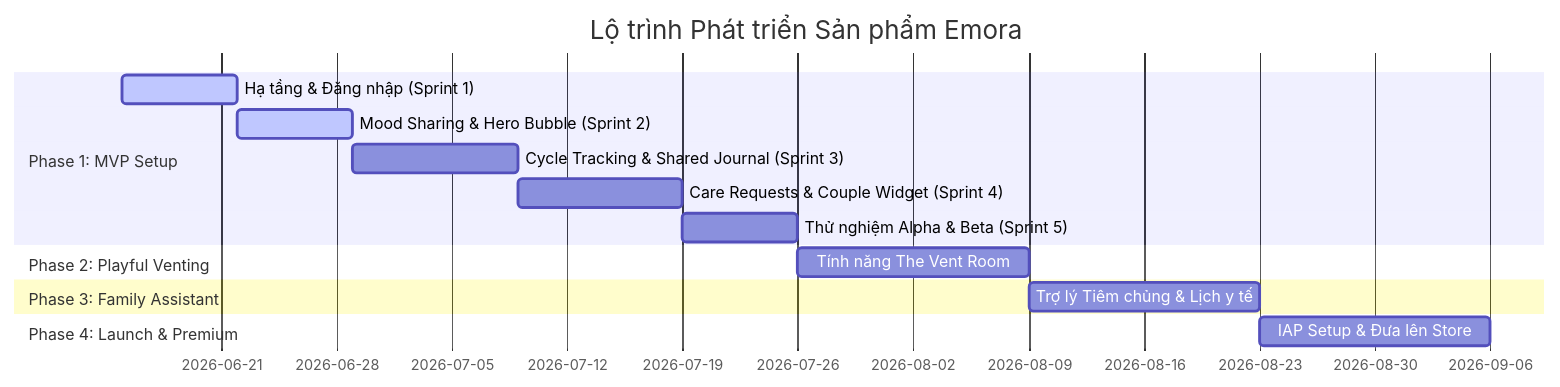
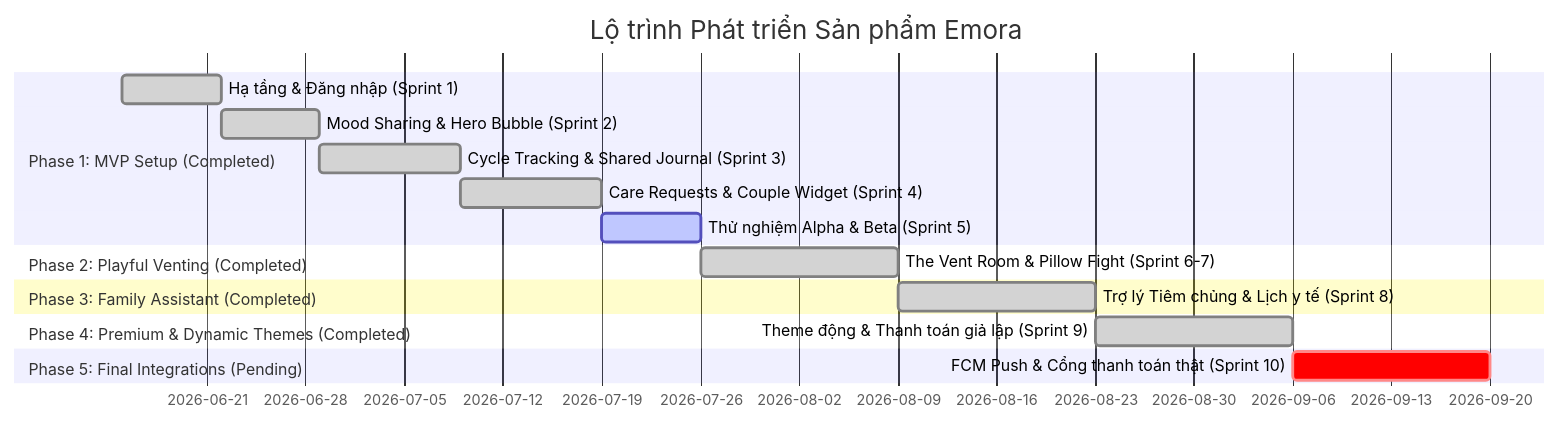
Before and after one commit to kentogun0812/emora: the third of 3 diagrams in EMORA_PRD.md, drawn with Mermaid. The commit also changed other lines of this file and 30 other files, not shown here.

Commit message:
feat: implement baby tracking features, BLoC state management, and multi-theme support system

````diff
--- a/EMORA_PRD.md
+++ b/EMORA_PRD.md
@@ -216,17 +215,24 @@
 ```mermaid
 gantt
     title Lộ trình Phát triển Sản phẩm Emora
     dateFormat  YYYY-MM-DD
-    section Phase 1: MVP Setup
-    Hạ tầng & Đăng nhập (Sprint 1)        :active, 2026-06-15, 7d
-    Mood Sharing & Hero Bubble (Sprint 2)  :active, 2026-06-22, 7d
-    Cycle Tracking & Shared Journal (Sprint 3): 2026-06-29, 10d
-    Care Requests & Couple Widget (Sprint 4) : 2026-07-09, 10d
-    Thử nghiệm Alpha & Beta (Sprint 5)    : 2026-07-19, 7d
-    section Phase 2: Playful Venting
-    Tính năng The Vent Room              : 2026-07-26, 14d
-    section Phase 3: Family Assistant
-    Trợ lý Tiêm chủng & Lịch y tế         : 2026-08-09, 14d
-    section Phase 4: Launch & Premium
-    IAP Setup & Đưa lên Store            : 2026-08-23, 14d
+    
+    section Phase 1: MVP Setup (Completed)
+    Hạ tầng & Đăng nhập (Sprint 1)                   :done, 2026-06-15, 7d
+    Mood Sharing & Hero Bubble (Sprint 2)             :done, 2026-06-22, 7d
+    Cycle Tracking & Shared Journal (Sprint 3)       :done, 2026-06-29, 10d
+    Care Requests & Couple Widget (Sprint 4)          :done, 2026-07-09, 10d
+    Thử nghiệm Alpha & Beta (Sprint 5)               :active, 2026-07-19, 7d
+    
+    section Phase 2: Playful Venting (Completed)
+    The Vent Room & Pillow Fight (Sprint 6-7)         :done, 2026-07-26, 14d
+    
+    section Phase 3: Family Assistant (Completed)
+    Trợ lý Tiêm chủng & Lịch y tế (Sprint 8)          :done, 2026-08-09, 14d
+    
+    section Phase 4: Premium & Dynamic Themes (Completed)
+    Theme động & Thanh toán giả lập (Sprint 9)         :done, 2026-08-23, 14d
+    
+    section Phase 5: Final Integrations (Pending)
+    FCM Push & Cổng thanh toán thật (Sprint 10)       :crit, 2026-09-06, 14d
 ```
````
